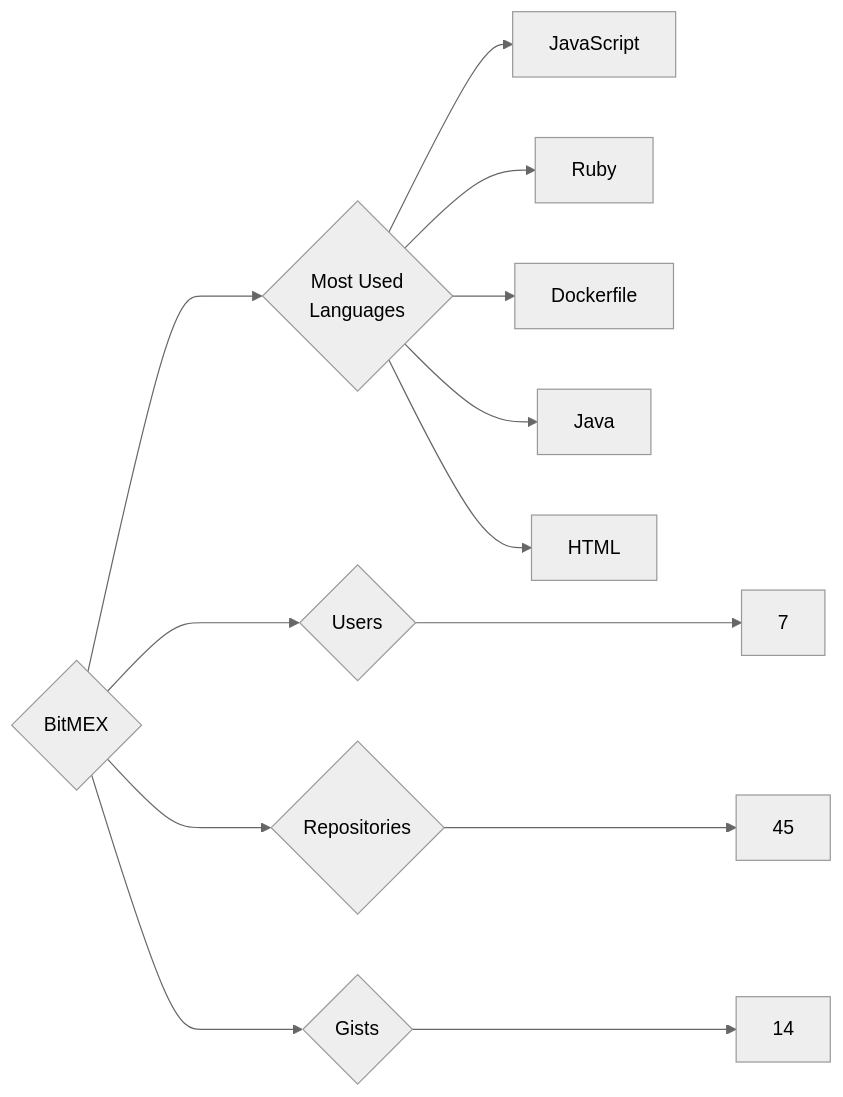
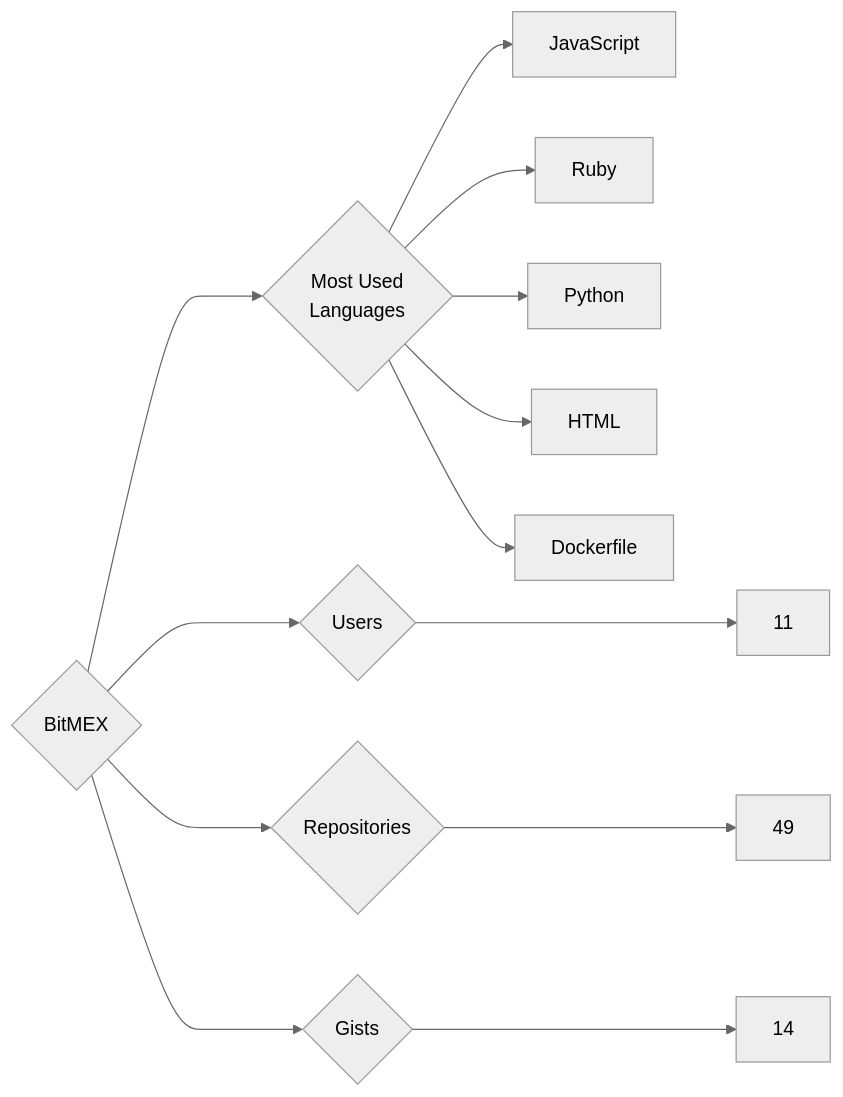
Before and after one commit to trickest/insiders: the diagram in targets/BitMEX/README.md, drawn with Mermaid (neutral theme). The commit also changed 736 other files, not shown here.

````diff
--- a/targets/BitMEX/README.md
+++ b/targets/BitMEX/README.md
@@ -3,13 +3,13 @@
 ```mermaid
 graph LR
 COMPANY_NAME{BitMEX}
-COMPANY_NAME ---> U{Users} ---> UN[7]
-COMPANY_NAME ---> R{Repositories} ---> RN[45]
+COMPANY_NAME ---> U{Users} ---> UN[11]
+COMPANY_NAME ---> R{Repositories} ---> RN[49]
 COMPANY_NAME ---> G{Gists} ---> GN[14]
 COMPANY_NAME ---> ML{Most Used<br>Languages}
 ML --> JavaScript[JavaScript]
 ML --> Ruby[Ruby]
+ML --> Python[Python]
+ML --> HTML[HTML]
 ML --> Dockerfile[Dockerfile]
-ML --> Java[Java]
-ML --> HTML[HTML]
 ```
````
